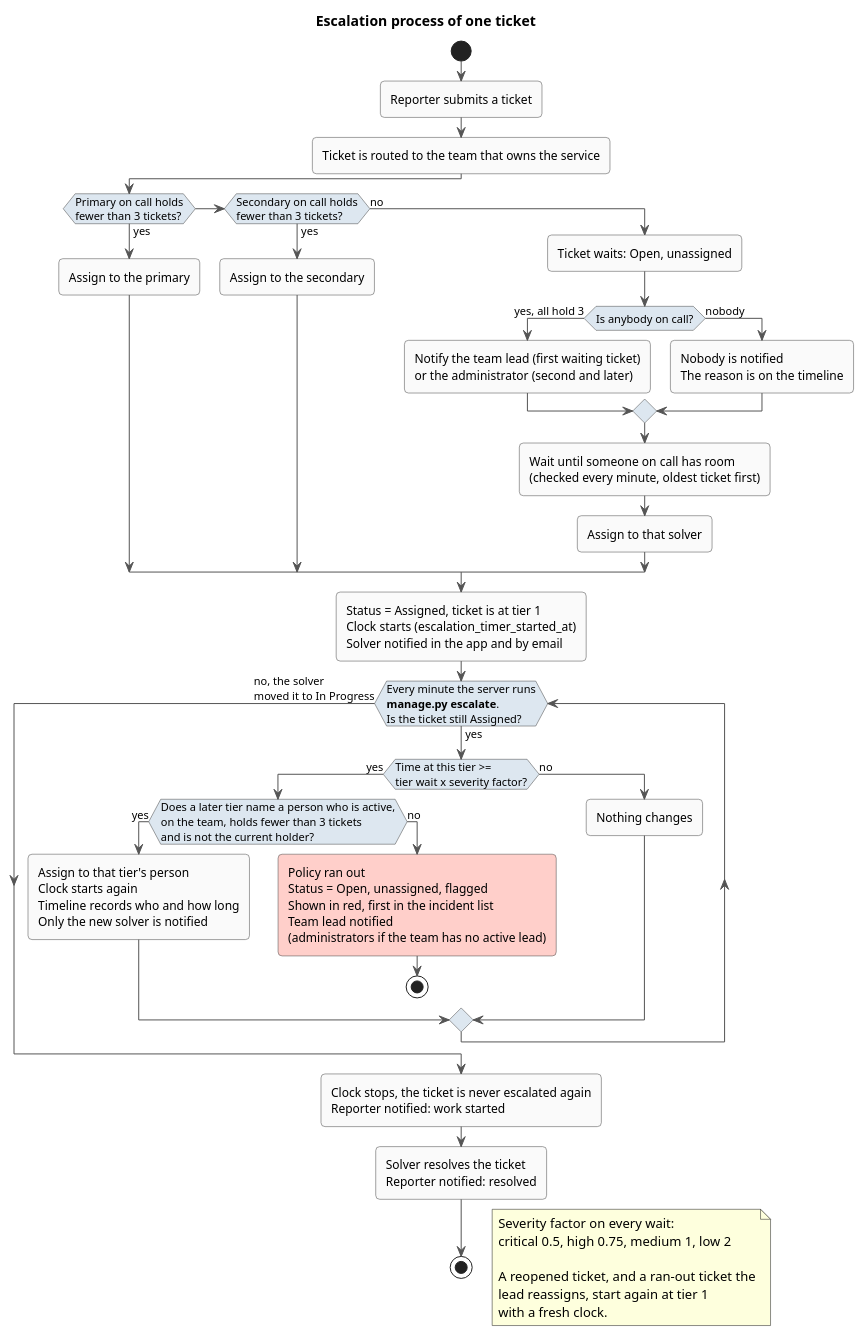
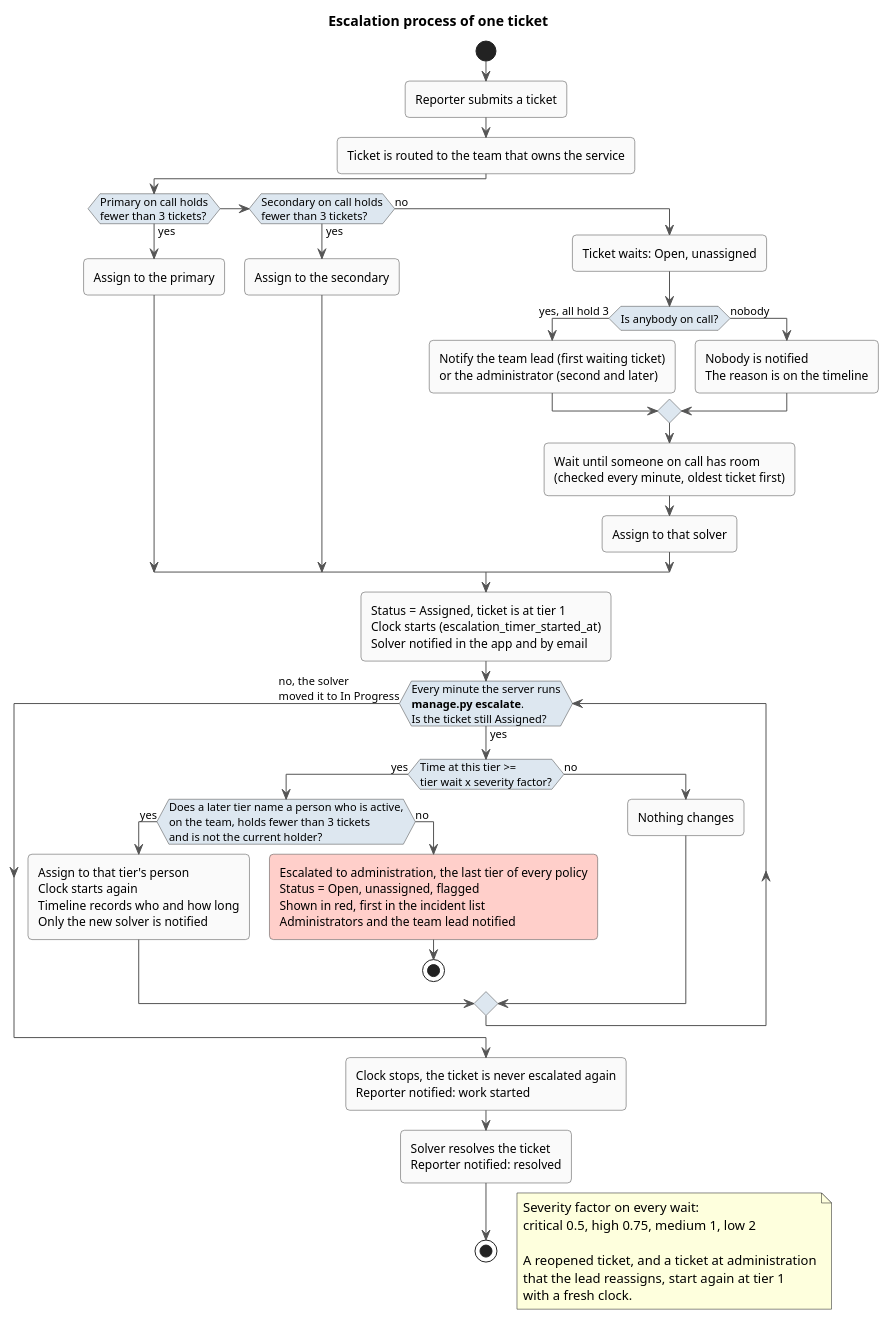
The diagram in docs/escalation-activity.puml (ZiedRbd/COSC-3339-Fall-2026-Term-Project), drawn with PlantUML before and after one commit. The commit also changed 3 other files, not shown here.

Commit message:
Docs and diagrams describe administration as the last tier of every policy

```diff
--- a/docs/escalation-activity.puml
+++ b/docs/escalation-activity.puml
@@ -1,61 +1,61 @@
 @startuml CampusDesk escalation activity
 skinparam shadowing false
 skinparam roundCorner 8
 skinparam ArrowColor #555555
 skinparam activity {
   BackgroundColor #FAFAFA
   BorderColor #444444
   DiamondBackgroundColor #DDE7F0
   DiamondBorderColor #444444
 }
 
 title Escalation process of one ticket
 
 start
 :Reporter submits a ticket;
 :Ticket is routed to the team that owns the service;
 
 if (Primary on call holds\nfewer than 3 tickets?) then (yes)
   :Assign to the primary;
 elseif (Secondary on call holds\nfewer than 3 tickets?) then (yes)
   :Assign to the secondary;
 else (no)
   :Ticket waits: Open, unassigned;
   if (Is anybody on call?) then (yes, all hold 3)
     :Notify the team lead (first waiting ticket)\nor the administrator (second and later);
   else (nobody)
     :Nobody is notified\nThe reason is on the timeline;
   endif
   :Wait until someone on call has room\n(checked every minute, oldest ticket first);
   :Assign to that solver;
 endif
 
 :Status = Assigned, ticket is at tier 1\nClock starts (escalation_timer_started_at)\nSolver notified in the app and by email;
 
 while (Every minute the server runs\n**manage.py escalate**.\nIs the ticket still Assigned?) is (yes)
   if (Time at this tier >=\ntier wait x severity factor?) then (yes)
     if (Does a later tier name a person who is active,\non the team, holds fewer than 3 tickets\nand is not the current holder?) then (yes)
       :Assign to that tier's person\nClock starts again\nTimeline records who and how long\nOnly the new solver is notified;
     else (no)
-      #FFCFCA:Policy ran out\nStatus = Open, unassigned, flagged\nShown in red, first in the incident list\nTeam lead notified\n(administrators if the team has no active lead);
+      #FFCFCA:Escalated to administration, the last tier of every policy\nStatus = Open, unassigned, flagged\nShown in red, first in the incident list\nAdministrators and the team lead notified;
       stop
     endif
   else (no)
     :Nothing changes;
   endif
 endwhile (no, the solver\nmoved it to In Progress)
 
 :Clock stops, the ticket is never escalated again\nReporter notified: work started;
 :Solver resolves the ticket\nReporter notified: resolved;
 stop
 
 floating note right
   Severity factor on every wait:
   critical 0.5, high 0.75, medium 1, low 2
 
-  A reopened ticket, and a ran-out ticket the
-  lead reassigns, start again at tier 1
+  A reopened ticket, and a ticket at administration
+  that the lead reassigns, start again at tier 1
   with a fresh clock.
 end note
 
 @enduml
```
